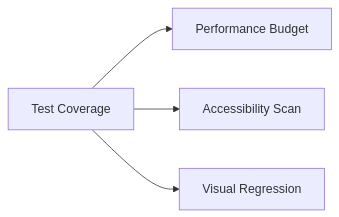
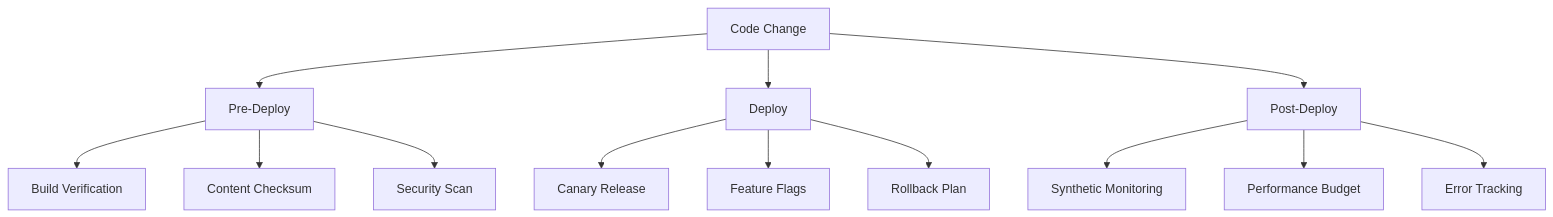
Before and after one commit to simeonpashley/simeonpashley.github.io: the diagram in docs/operations/deployment-checklist.md, drawn with Mermaid. The commit also changed other lines of this file and 8 other files, not shown here.

````diff
--- a/docs/operations/deployment-checklist.md
+++ b/docs/operations/deployment-checklist.md
@@ -13,6 +15,17 @@
 ```mermaid
-graph LR
-  A[Test Coverage] --> B[Performance Budget]
-  A --> C[Accessibility Scan]
-  A --> D[Visual Regression]
+graph TD
+  A[Code Change] --> B[Pre-Deploy]
+  B --> B1[Build Verification]
+  B --> B2[Content Checksum]
+  B --> B3[Security Scan]
+
+  A --> C[Deploy]
+  C --> C1[Canary Release]
+  C --> C2[Feature Flags]
+  C --> C3[Rollback Plan]
+
+  A --> D[Post-Deploy]
+  D --> D1[Synthetic Monitoring]
+  D --> D2[Performance Budget]
+  D --> D3[Error Tracking]
 ```
````
